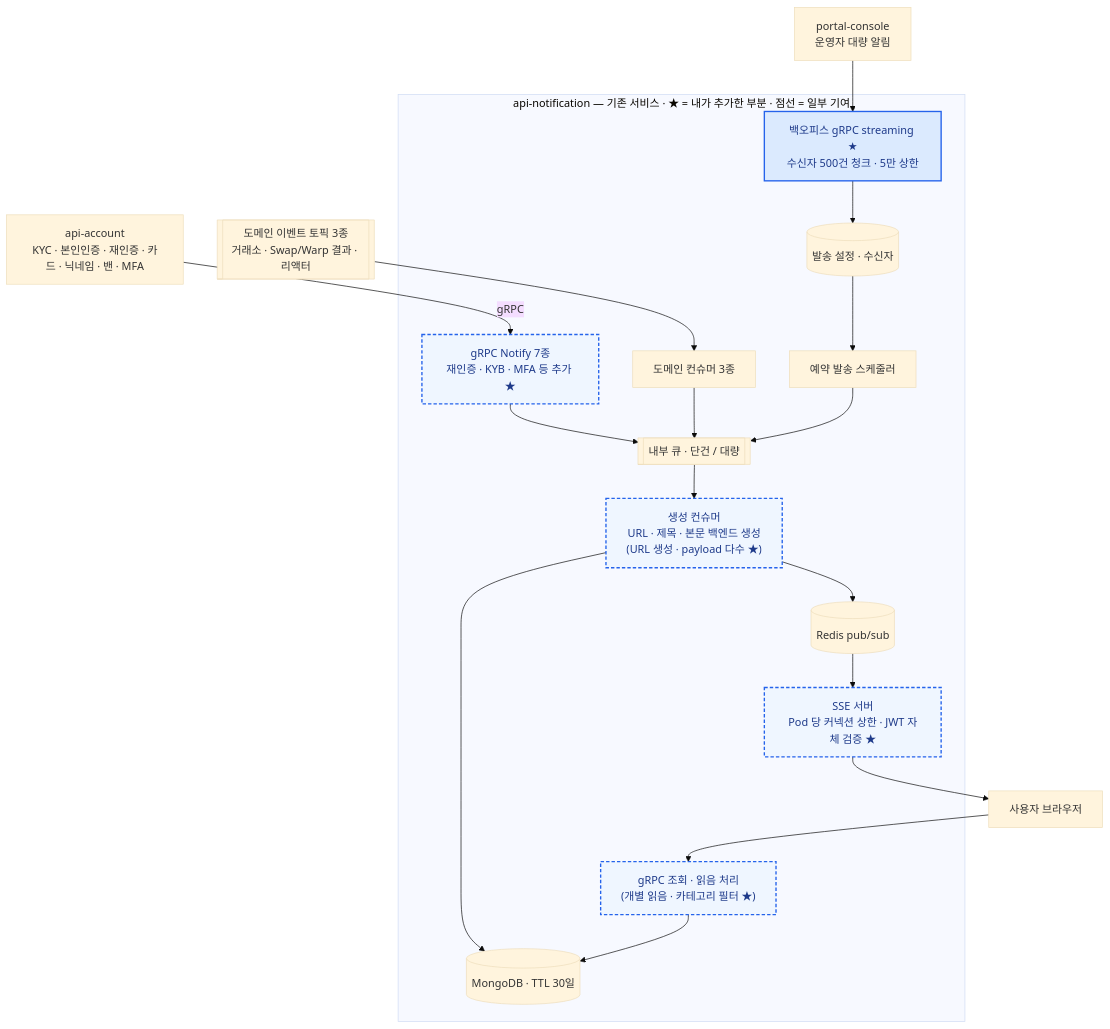
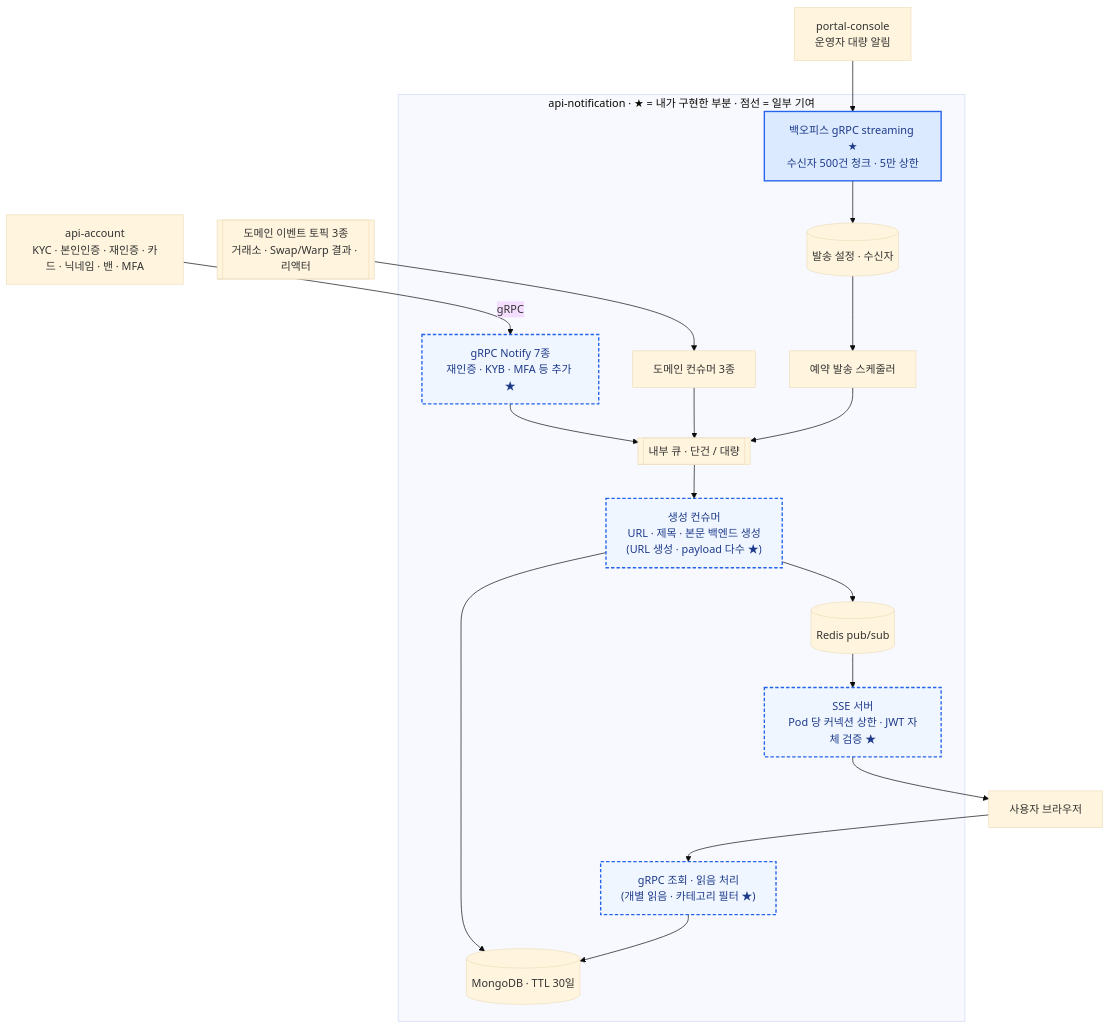
One commit to shalwxy/career changed the diagram in content/diagrams/notification.mmd. Above: the diagram before and after it, drawn with Mermaid (base theme). The commit also changed 15 other files, not shown here.

```diff
--- a/content/diagrams/notification.mmd
+++ b/content/diagrams/notification.mmd
@@ -1,30 +1,30 @@
 %% title: 통합 알림 — SSE 와 대량 수신자 스트리밍
 %% title_en: Unified notifications — SSE and bulk-recipient streaming
 flowchart TB
     AC[api-account<br/>KYC · 본인인증 · 재인증 · 카드 · 닉네임 · 밴 · MFA]
     K[[도메인 이벤트 토픽 3종<br/>거래소 · Swap/Warp 결과 · 리액터]]
     CON[portal-console<br/>운영자 대량 알림]
-    subgraph NT["api-notification — 기존 서비스 · ★ = 내가 추가한 부분 · 점선 = 일부 기여"]
+    subgraph NT["api-notification · ★ = 내가 구현한 부분 · 점선 = 일부 기여"]
         G1["gRPC Notify 7종<br/>재인증 · KYB · MFA 등 추가 ★"]
         C[도메인 컨슈머 3종]
         Q[[내부 큐 · 단건 / 대량]]
         CR["생성 컨슈머<br/>URL · 제목 · 본문 백엔드 생성<br/>(URL 생성 · payload 다수 ★)"]
         DB[(MongoDB · TTL 30일)]
         PS[(Redis pub/sub)]
         SSE["SSE 서버<br/>Pod 당 커넥션 상한 · JWT 자체 검증 ★"]
         G["gRPC 조회 · 읽음 처리<br/>(개별 읽음 · 카테고리 필터 ★)"]
         ST["백오피스 gRPC streaming ★<br/>수신자 500건 청크 · 5만 상한"]
         SCH[예약 발송 스케줄러]
         RDB[(발송 설정 · 수신자)]
     end
     U[사용자 브라우저]
     AC -- gRPC --> G1 --> Q
     K --> C --> Q
     Q --> CR --> DB
     CR --> PS --> SSE --> U
     U --> G --> DB
     CON --> ST --> RDB --> SCH --> Q
     classDef mine fill:#dbeafe,stroke:#2563eb,stroke-width:2px,color:#1e3a8a
     classDef part fill:#eff6ff,stroke:#2563eb,stroke-width:2px,stroke-dasharray:5 3,color:#1e3a8a
     class ST mine
     class G1,CR,SSE,G part
```
